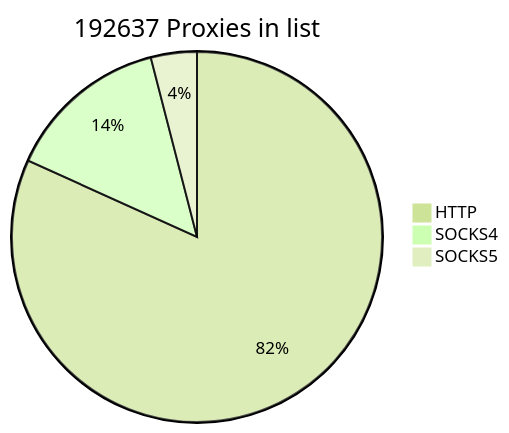
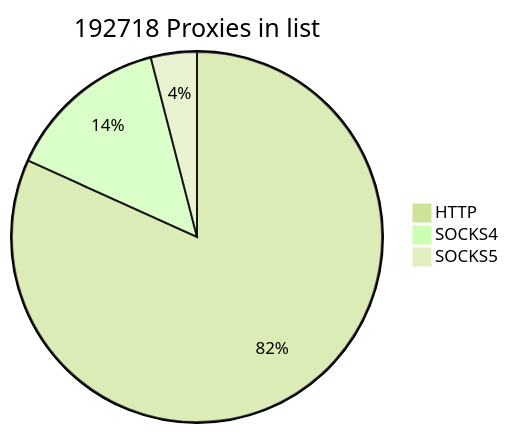
Before and after one commit to cutipu/proxylist: the first of 2 diagrams in README.md, drawn with Mermaid (forest theme). The commit also changed other lines of this file, not shown here.

````diff
--- a/README.md
+++ b/README.md
@@ -2,7 +2,7 @@
 ```mermaid
-pie title 192637 Proxies in list
-    "HTTP" : 157504
-    "SOCKS4" : 27399
-    "SOCKS5" : 7734
+pie title 192718 Proxies in list
+    "HTTP" : 157578
+    "SOCKS4" : 27405
+    "SOCKS5" : 7735
             
 ```
````
